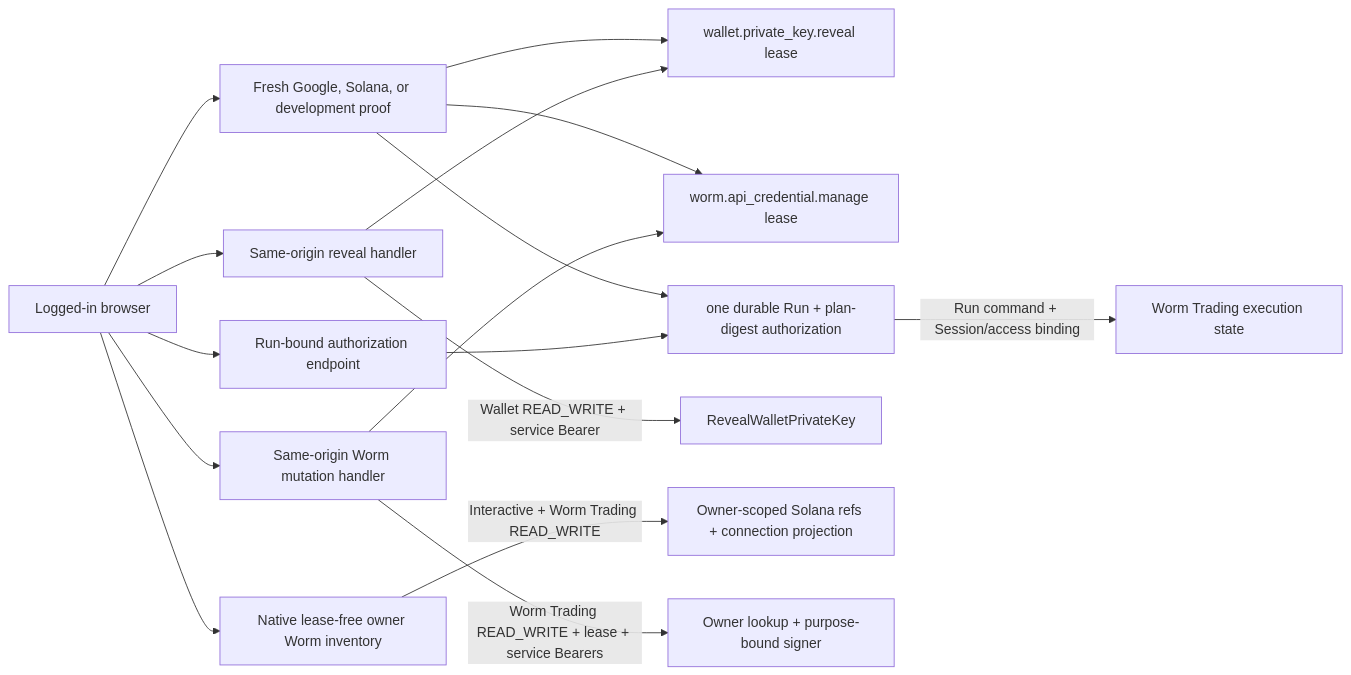
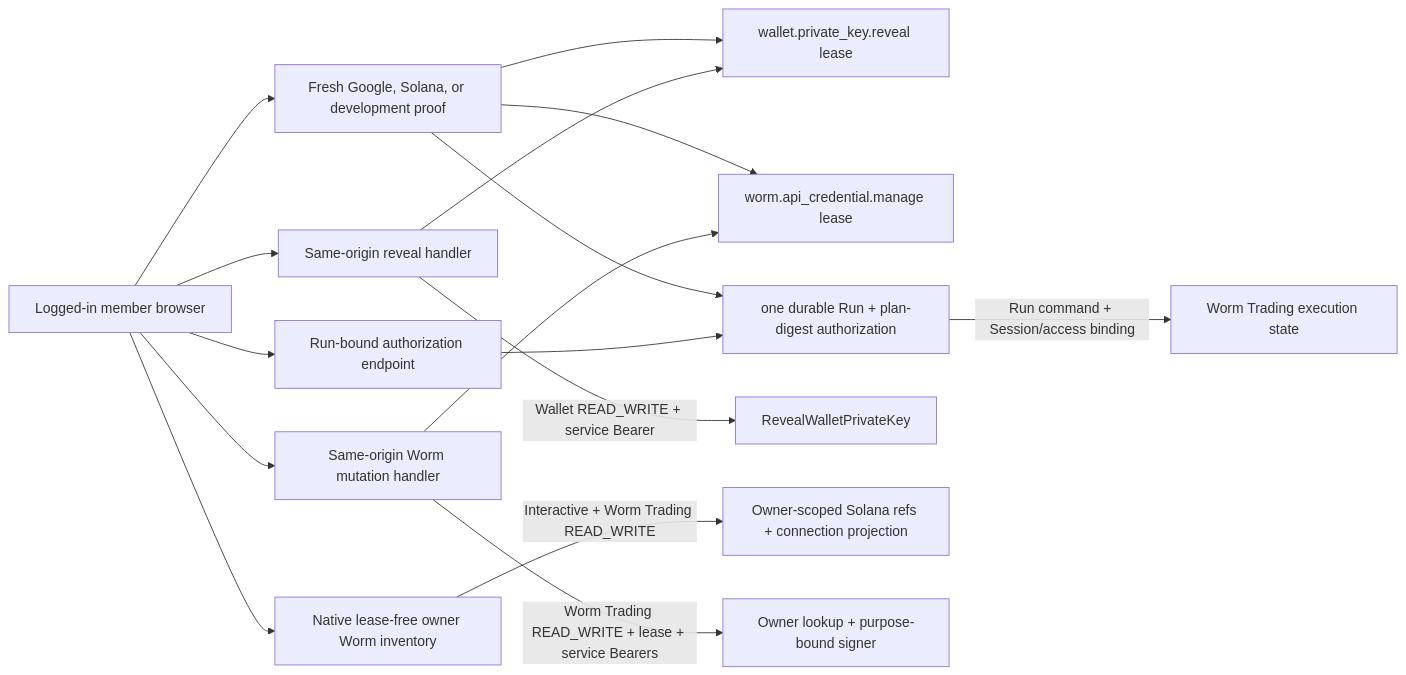
Before and after one commit to useryege/athena-o: the diagram in docs/design/identity-access/wallet-secret-reauthentication.md, drawn with Mermaid. The commit also changed other lines of this file and 55 other files, not shown here.

````diff
--- a/docs/design/identity-access/wallet-secret-reauthentication.md
+++ b/docs/design/identity-access/wallet-secret-reauthentication.md
@@ -47,18 +49,18 @@
 ```mermaid
 flowchart LR
-    B["Logged-in browser"] --> P["Fresh Google, Solana, or development proof"]
+    B["Logged-in member browser"] --> P["Fresh Google, Solana, or development proof"]
     P --> R1["wallet.private_key.reveal lease"]
     P --> R2["worm.api_credential.manage lease"]
     P --> R3["one durable Run + plan-digest authorization"]
     B --> H1["Same-origin reveal handler"]
     B --> I["Native lease-free owner Worm inventory"]
     B --> H2["Same-origin Worm mutation handler"]
     H1 --> R1
     H2 --> R2
     B --> H3["Run-bound authorization endpoint"]
     H3 --> R3
     H1 -->|"Wallet READ_WRITE + service Bearer"| W1["RevealWalletPrivateKey"]
     I -->|"Interactive + Worm Trading READ_WRITE"| W2["Owner-scoped Solana refs + connection projection"]
     H2 -->|"Worm Trading READ_WRITE + lease + service Bearers"| W3["Owner lookup + purpose-bound signer"]
     R3 -->|"Run command + Session/access binding"| E["Worm Trading execution state"]
 ```
````
